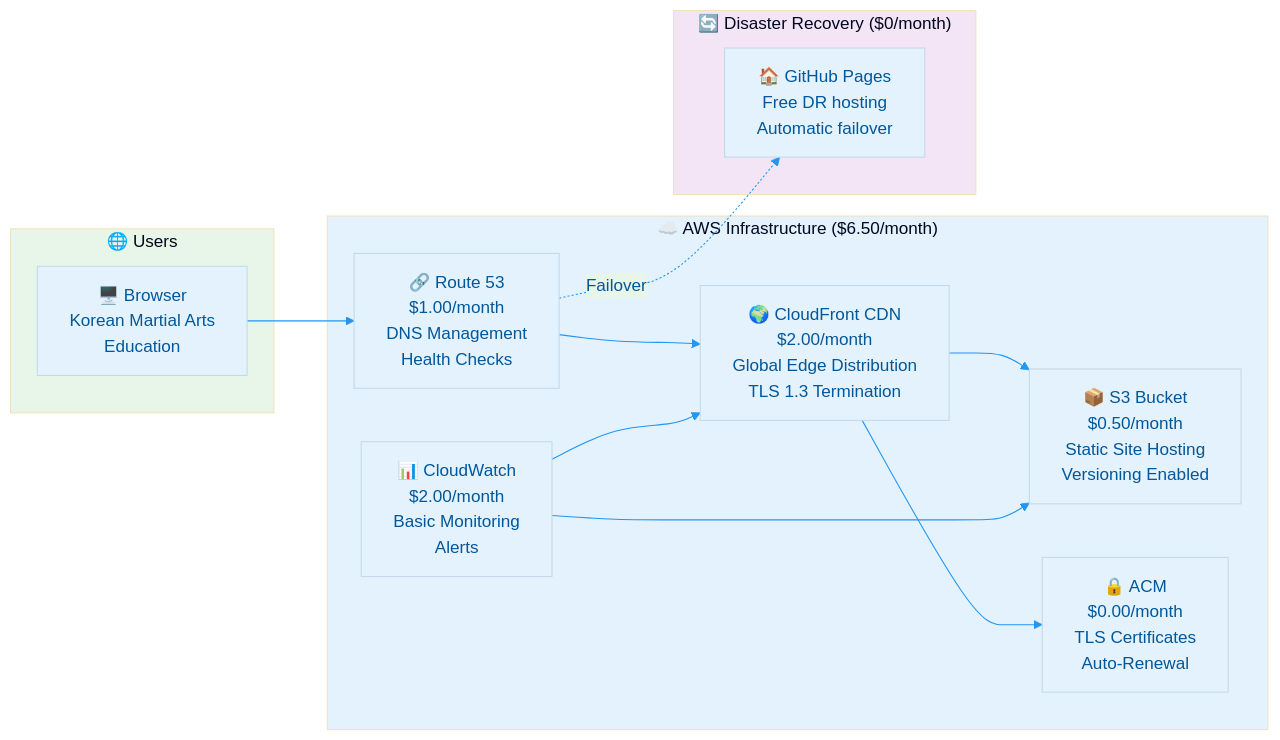
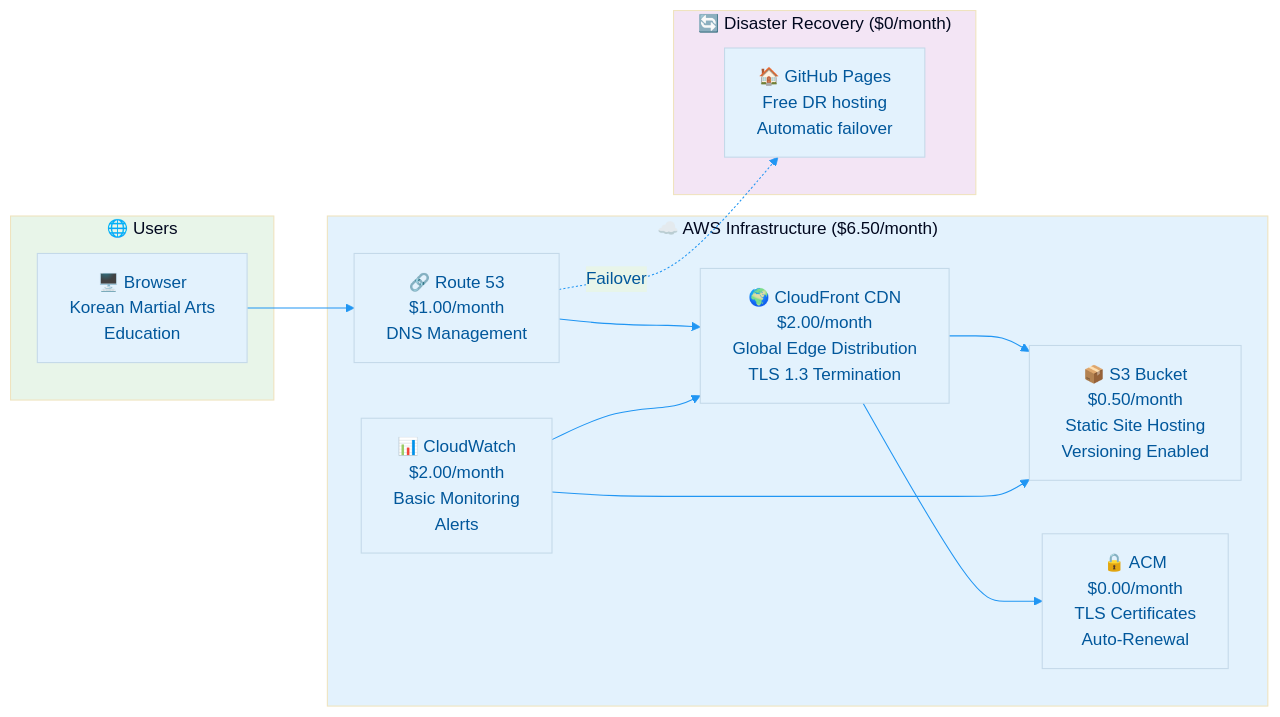
One commit to Hack23/blacktrigram changed the second of 2 diagrams in FinancialSecurityPlan.md. Above: the diagram before and after it, drawn with Mermaid. The commit also changed other lines of this file and 1 other file, not shown here.

````diff
--- a/FinancialSecurityPlan.md
+++ b/FinancialSecurityPlan.md
@@ -130,42 +135,42 @@
 ```mermaid
 %%{
   init: {
     'theme': 'base',
     'themeVariables': {
       'primaryColor': '#e3f2fd',
       'primaryTextColor': '#01579b',
       'lineColor': '#2196f3',
       'secondaryColor': '#e8f5e9',
       'tertiaryColor': '#fff8e1'
     }
   }
 }%%
 flowchart LR
     subgraph USERS["🌐 Users"]
         BROWSER["🖥️ Browser<br/>Korean Martial Arts<br/>Education"]
     end
 
     subgraph AWS["☁️ AWS Infrastructure ($6.50/month)"]
         CF["🌍 CloudFront CDN<br/>$2.00/month<br/>Global Edge Distribution<br/>TLS 1.3 Termination"]
         S3["📦 S3 Bucket<br/>$0.50/month<br/>Static Site Hosting<br/>Versioning Enabled"]
-        R53["🔗 Route 53<br/>$1.00/month<br/>DNS Management<br/>Health Checks"]
+        R53["🔗 Route 53<br/>$1.00/month<br/>DNS Management"]
         CW["📊 CloudWatch<br/>$2.00/month<br/>Basic Monitoring<br/>Alerts"]
         ACM["🔒 ACM<br/>$0.00/month<br/>TLS Certificates<br/>Auto-Renewal"]
     end
 
     subgraph DR["🔄 Disaster Recovery ($0/month)"]
         GHP["🏠 GitHub Pages<br/>Free DR hosting<br/>Automatic failover"]
     end
 
     BROWSER --> R53
     R53 --> CF
     CF --> S3
     CF --> ACM
     CW --> CF
     CW --> S3
     R53 -.->|Failover| GHP
 
     style AWS fill:#e3f2fd
     style DR fill:#f3e5f5
     style USERS fill:#e8f5e9
 ```
````
